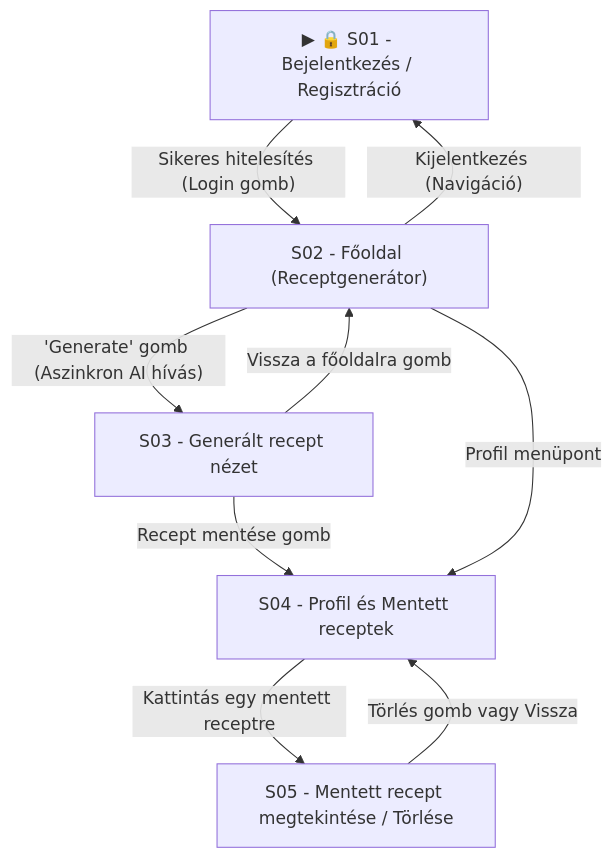
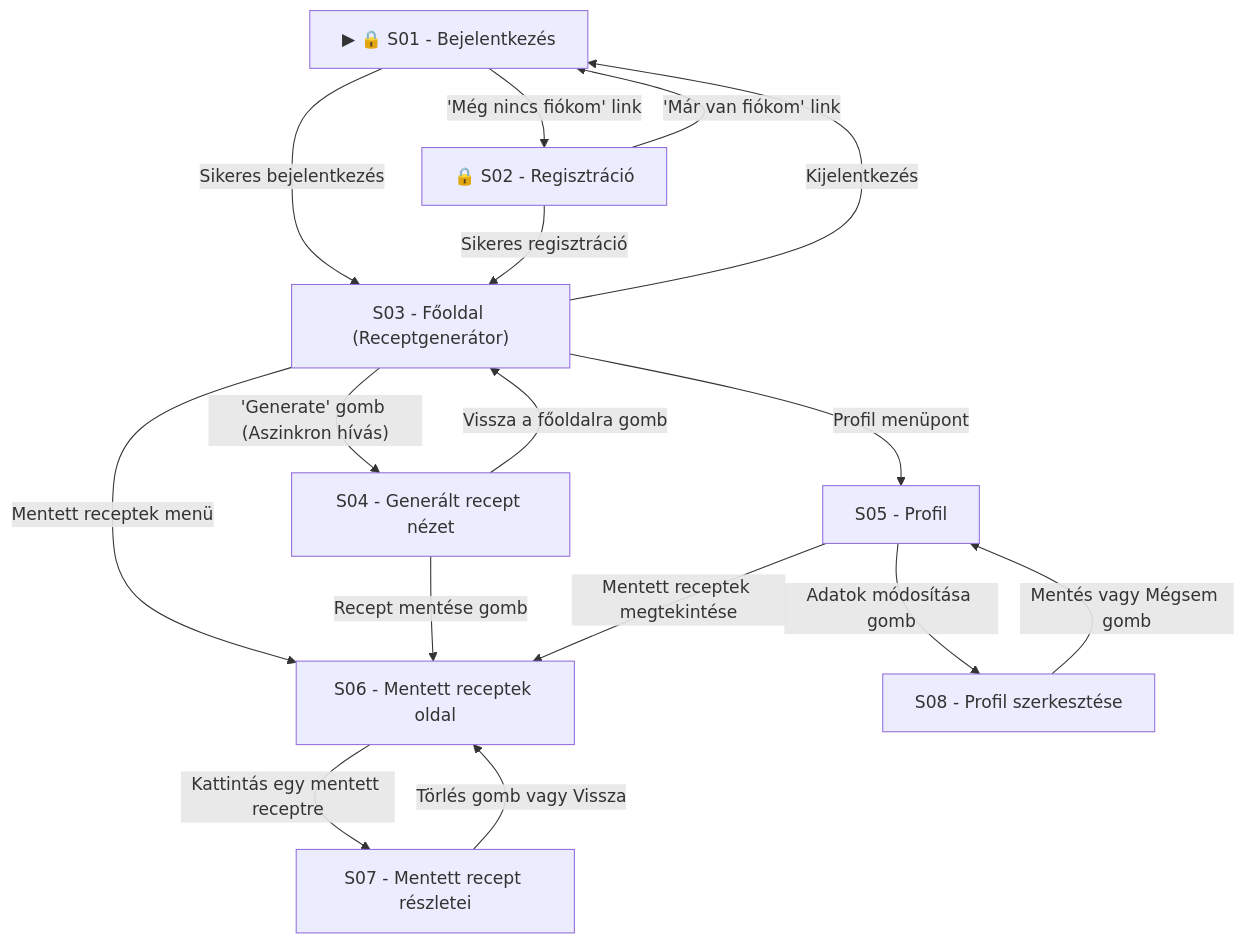
The diagram in docs/ux/pageflow.mmd (L-e-m-i/szakdolgozat), drawn with Mermaid before and after one commit. The commit also changed 17 other files, not shown here.

```diff
--- a/docs/ux/pageflow.mmd
+++ b/docs/ux/pageflow.mmd
@@ -1,19 +1,37 @@
 graph TD
     %% Képernyők (Node-ok) definíciója
-    S01["▶ 🔒 S01 - Bejelentkezés / Regisztráció"]
-    S02["S02 - Főoldal (Receptgenerátor)"]
-    S03["S03 - Generált recept nézet"]
-    S04["S04 - Profil és Mentett receptek"]
-    S05["S05 - Mentett recept megtekintése / Törlése"]
+    S01["▶ 🔒 S01 - Bejelentkezés"]
+    S02["🔒 S02 - Regisztráció"]
+    S03["S03 - Főoldal (Receptgenerátor)"]
+    S04["S04 - Generált recept nézet"]
+    S05["S05 - Profil"]
+    S06["S06 - Mentett receptek oldal"]
+    S07["S07 - Mentett recept részletei"]
+    S08["S08 - Profil szerkesztése"]
 
     %% Átjárók (Élek) és az azokat indító események
-    S01 -- "Sikeres hitelesítés (Login gomb)" --> S02
-    S02 -- "Kijelentkezés (Navigáció)" --> S01
     
-    S02 -- "'Generate' gomb (Aszinkron AI hívás)" --> S03
-    S03 -- "Vissza a főoldalra gomb" --> S02
-    S03 -- "Recept mentése gomb" --> S04
+    %% Hitelesítési folyamatok
+    S01 -- "'Még nincs fiókom' link" --> S02
+    S02 -- "'Már van fiókom' link" --> S01
+    S01 -- "Sikeres bejelentkezés" --> S03
+    S02 -- "Sikeres regisztráció" --> S03
     
-    S02 -- "Profil menüpont" --> S04
-    S04 -- "Kattintás egy mentett receptre" --> S05
-    S05 -- "Törlés gomb vagy Vissza" --> S04
+    %% Fő navigáció (Navbar-ból elérhető)
+    S03 -- "Kijelentkezés" --> S01
+    S03 -- "Profil menüpont" --> S05
+    S03 -- "Mentett receptek menü" --> S06
+    
+    %% Generálási folyamat
+    S03 -- "'Generate' gomb (Aszinkron hívás)" --> S04
+    S04 -- "Vissza a főoldalra gomb" --> S03
+    S04 -- "Recept mentése gomb" --> S06
+    
+    %% Mentett receptek kezelése
+    S05 -- "Mentett receptek megtekintése" --> S06
+    S06 -- "Kattintás egy mentett receptre" --> S07
+    S07 -- "Törlés gomb vagy Vissza" --> S06
+    
+    %% Profil szerkesztése
+    S05 -- "Adatok módosítása gomb" --> S08
+    S08 -- "Mentés vagy Mégsem gomb" --> S05
```
